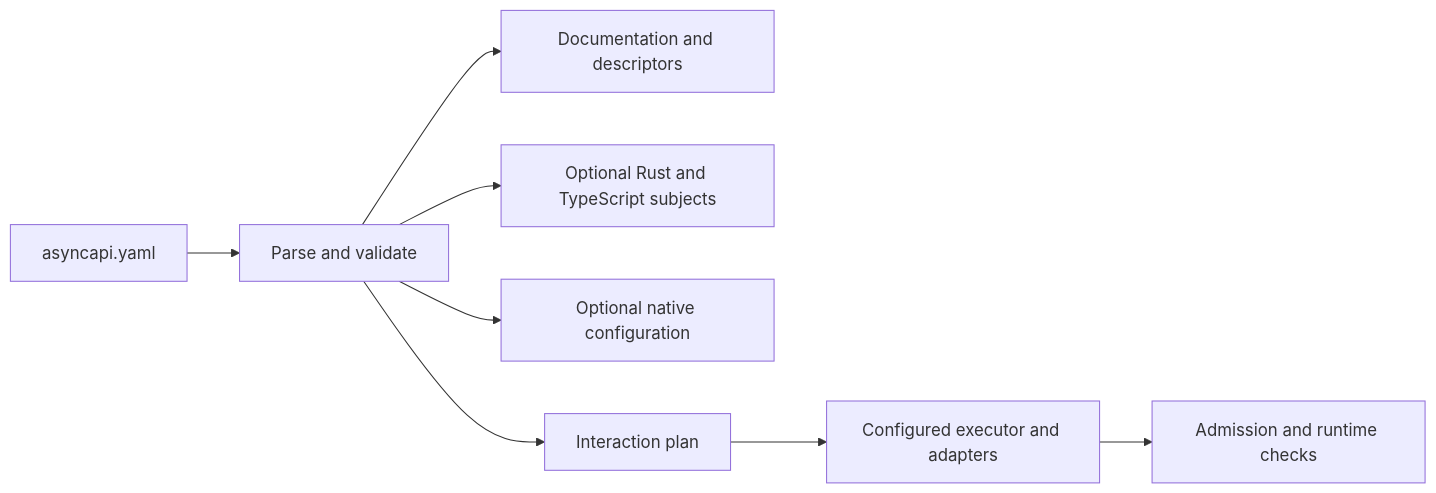
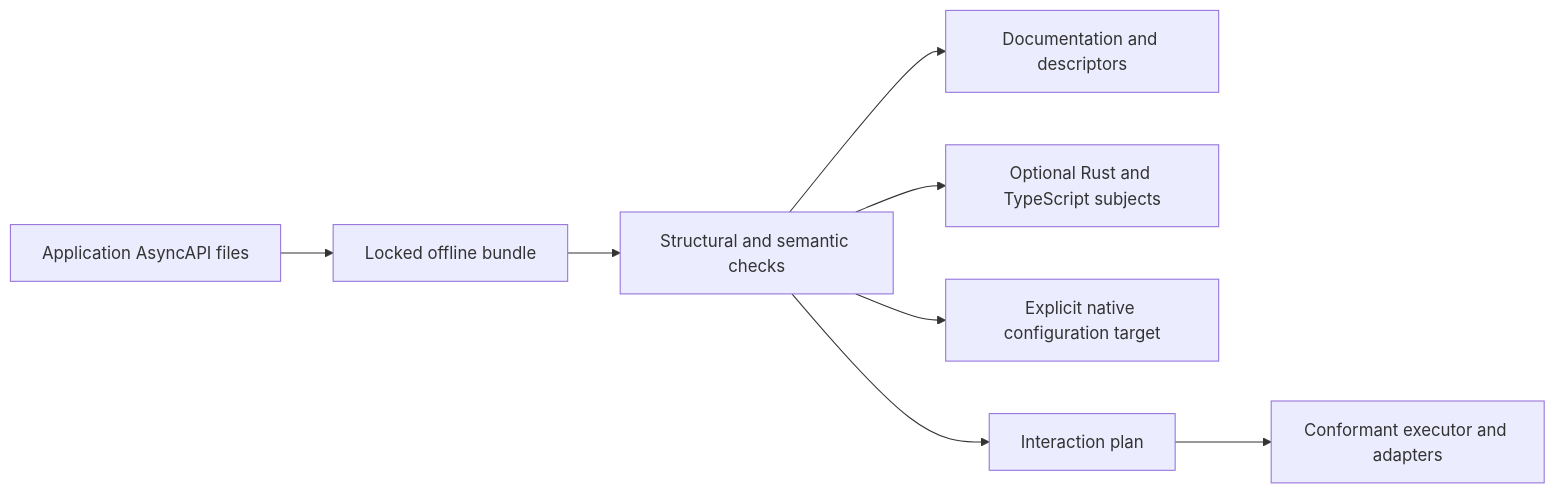
Before and after one commit to straw-hat-team/adr: the diagram in src/adrs/8612050910/references/specification.md, drawn with Mermaid. The commit also changed other lines of this file and 19 other files, not shown here.

````diff
--- a/src/adrs/8612050910/references/specification.md
+++ b/src/adrs/8612050910/references/specification.md
@@ -49,10 +54,10 @@
 ```mermaid
 flowchart LR
-  A[asyncapi.yaml] --> B[Parse and validate]
-  B --> C[Documentation and descriptors]
-  B --> D[Optional Rust and TypeScript subjects]
-  B --> E[Optional native configuration]
-  B --> F[Interaction plan]
-  F --> G[Configured executor and adapters]
-  G --> H[Admission and runtime checks]
+  A[Application AsyncAPI files] --> B[Locked offline bundle]
+  B --> C[Structural and semantic checks]
+  C --> D[Documentation and descriptors]
+  C --> E[Optional Rust and TypeScript subjects]
+  C --> F[Explicit native configuration target]
+  C --> G[Interaction plan]
+  G --> H[Conformant executor and adapters]
 ```
````
